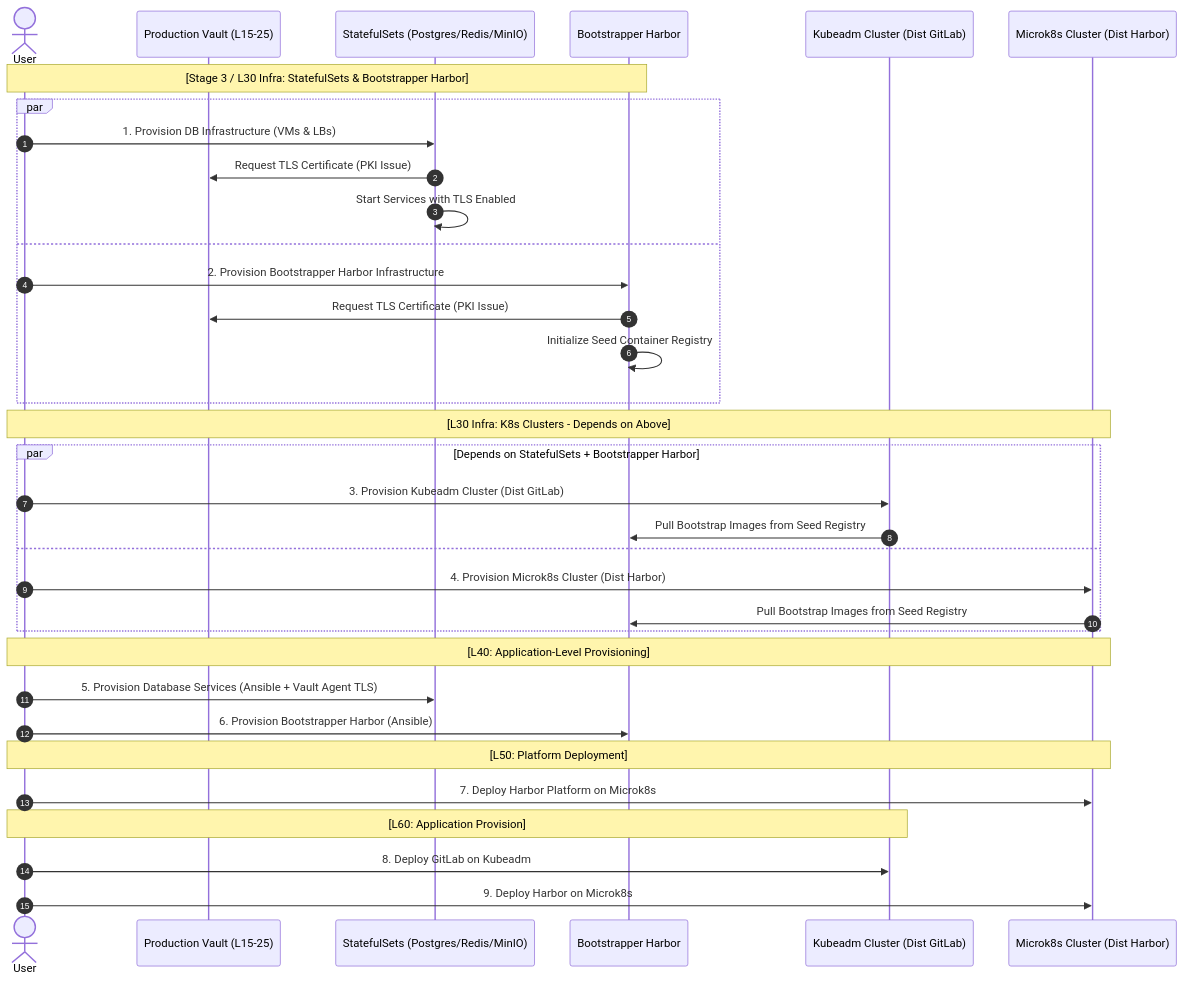
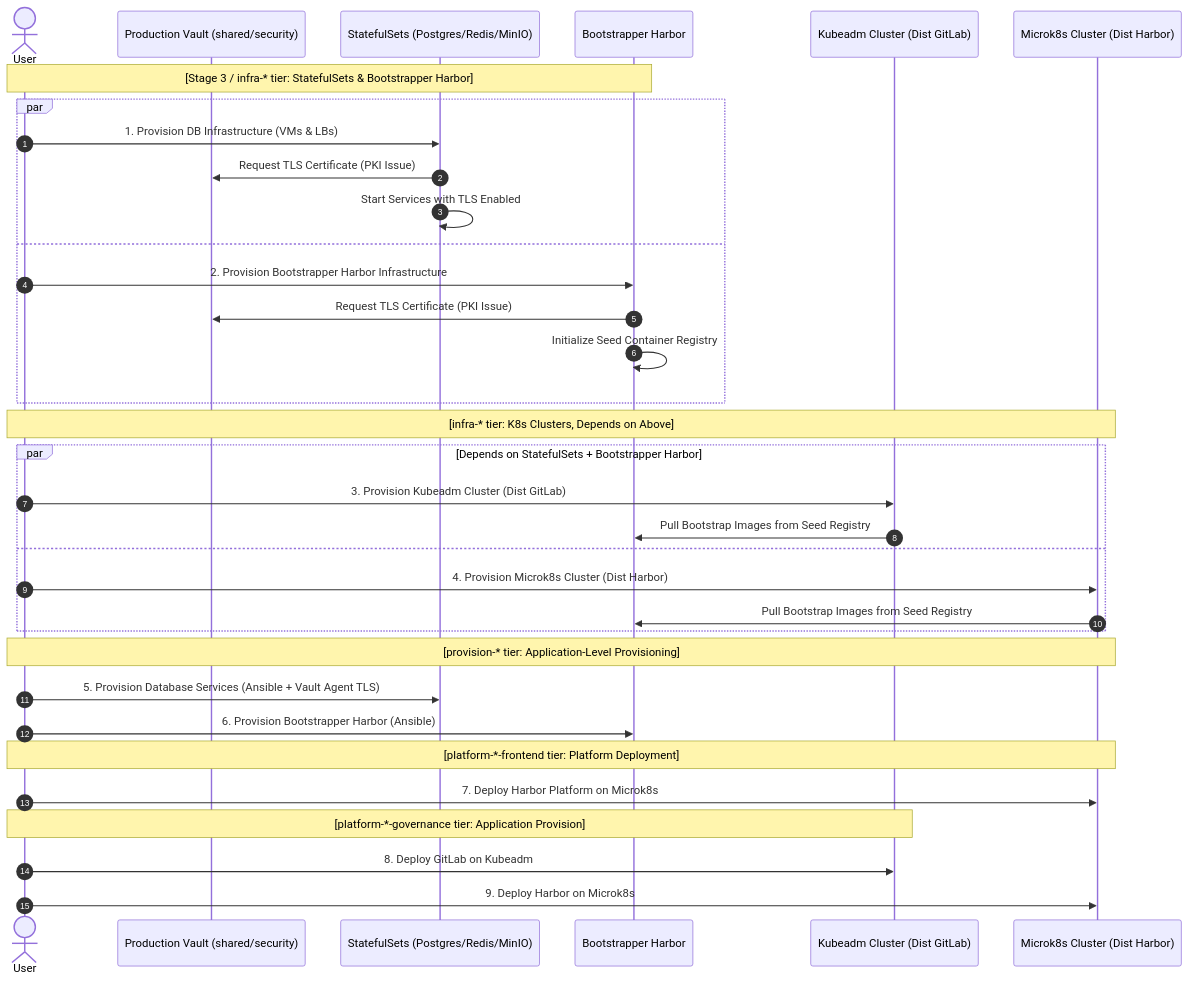
One commit to csning1998/on-premise-gitlab-deployment changed the second of 2 diagrams in documentation/en/architecture/deployment-workflow.md. Above: the diagram before and after it, drawn with Mermaid. The commit also changed other lines of this file and 158 other files, not shown here.

````diff
--- a/documentation/en/architecture/deployment-workflow.md
+++ b/documentation/en/architecture/deployment-workflow.md
@@ -41,41 +41,41 @@
 ```mermaid
 sequenceDiagram
     autonumber
     actor User
-    participant Prod as Production Vault (L15-25)
+    participant Prod as Production Vault (shared/security)
     participant SS as StatefulSets (Postgres/Redis/MinIO)
     participant Harbor as Bootstrapper Harbor
     participant K8sGit as Kubeadm Cluster (Dist GitLab)
     participant K8sHbr as Microk8s Cluster (Dist Harbor)
 
-    Note over User, Harbor: [Stage 3 / L30 Infra: StatefulSets & Bootstrapper Harbor]
+    Note over User, Harbor: [Stage 3 / infra-* tier: StatefulSets & Bootstrapper Harbor]
     par
         User->>SS: 1. Provision DB Infrastructure (VMs & LBs)
         SS->>Prod: Request TLS Certificate (PKI Issue)
         SS->>SS: Start Services with TLS Enabled
     and
         User->>Harbor: 2. Provision Bootstrapper Harbor Infrastructure
         Harbor->>Prod: Request TLS Certificate (PKI Issue)
         Harbor->>Harbor: Initialize Seed Container Registry
     end
 
-    Note over User, K8sHbr: [L30 Infra: K8s Clusters - Depends on Above]
+    Note over User, K8sHbr: [infra-* tier: K8s Clusters, Depends on Above]
     par Depends on StatefulSets + Bootstrapper Harbor
         User->>K8sGit: 3. Provision Kubeadm Cluster (Dist GitLab)
         K8sGit->>Harbor: Pull Bootstrap Images from Seed Registry
     and
         User->>K8sHbr: 4. Provision Microk8s Cluster (Dist Harbor)
         K8sHbr->>Harbor: Pull Bootstrap Images from Seed Registry
     end
 
-    Note over User, K8sHbr: [L40: Application-Level Provisioning]
+    Note over User, K8sHbr: [provision-* tier: Application-Level Provisioning]
     User->>SS: 5. Provision Database Services (Ansible + Vault Agent TLS)
     User->>Harbor: 6. Provision Bootstrapper Harbor (Ansible)
 
-    Note over User, K8sHbr: [L50: Platform Deployment]
+    Note over User, K8sHbr: [platform-*-frontend tier: Platform Deployment]
     User->>K8sHbr: 7. Deploy Harbor Platform on Microk8s
 
-    Note over User, K8sGit: [L60: Application Provision]
+    Note over User, K8sGit: [platform-*-governance tier: Application Provision]
     User->>K8sGit: 8. Deploy GitLab on Kubeadm
     User->>K8sHbr: 9. Deploy Harbor on Microk8s
 ```
````
